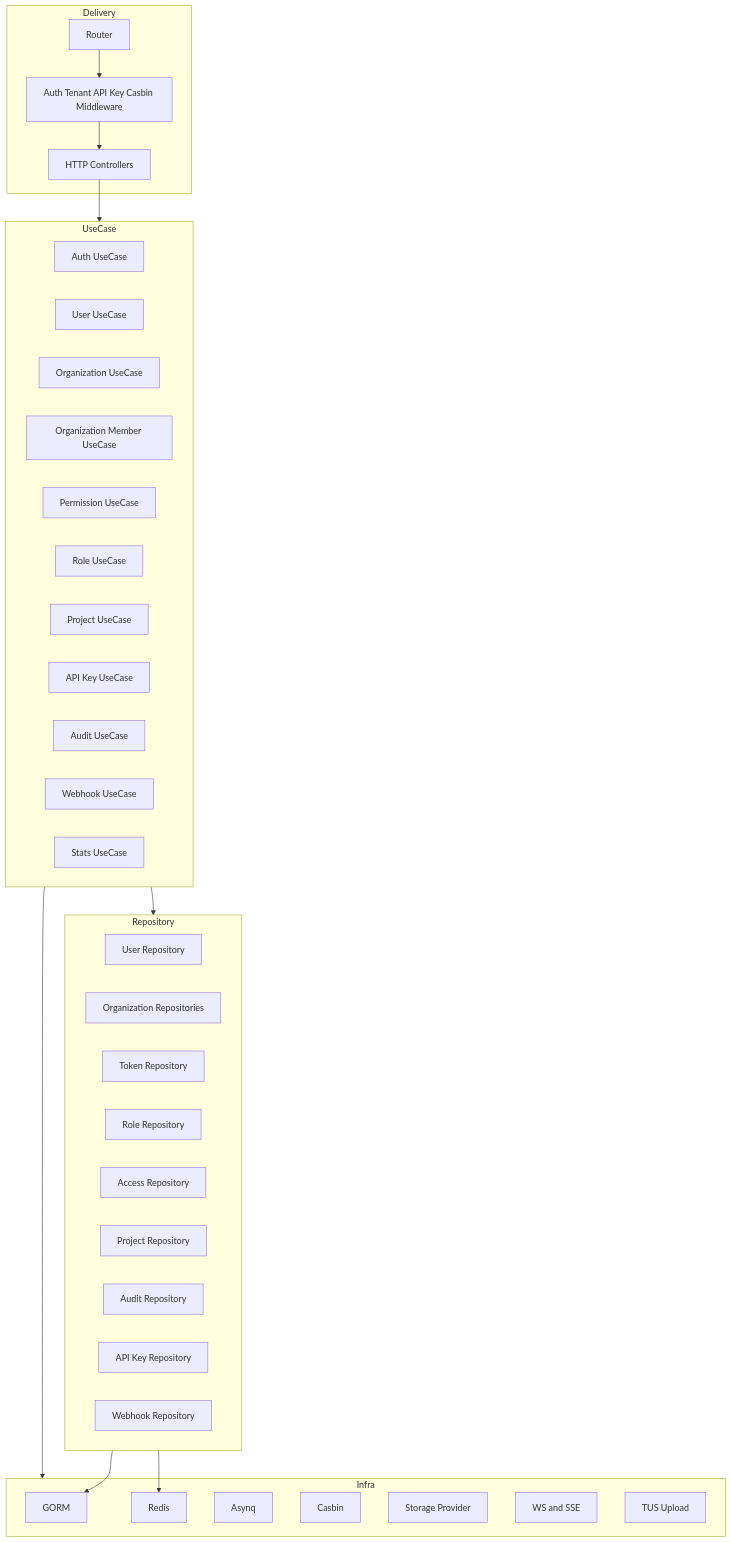
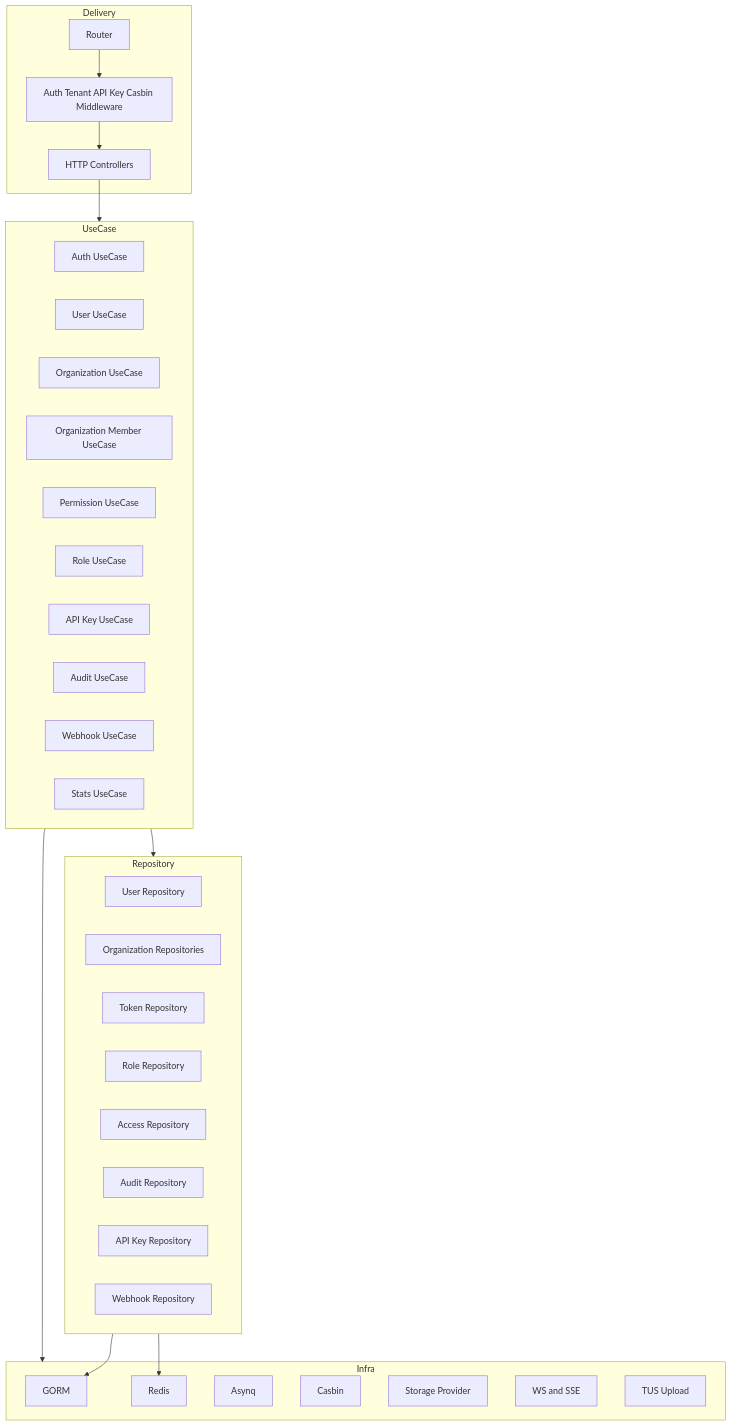
The third of 11 diagrams in documentation/architecture/ARCHITECTURE_VISUAL_AND_SEQUENCE.md (Roisfaozi/queue-base), drawn with Mermaid before and after one commit. The commit also changed other lines of this file and 13 other files, not shown here.

````diff
--- a/documentation/architecture/ARCHITECTURE_VISUAL_AND_SEQUENCE.md
+++ b/documentation/architecture/ARCHITECTURE_VISUAL_AND_SEQUENCE.md
@@ -141,52 +138,50 @@
 ```mermaid
 flowchart TB
     subgraph Delivery
         Controllers[HTTP Controllers]
         Middleware[Auth Tenant API Key Casbin Middleware]
         Router[Router]
     end
 
     subgraph UseCase
         AuthUC[Auth UseCase]
         UserUC[User UseCase]
         OrgUC[Organization UseCase]
         MemberUC[Organization Member UseCase]
         PermissionUC[Permission UseCase]
         RoleUC[Role UseCase]
-        ProjectUC[Project UseCase]
         ApiKeyUC[API Key UseCase]
         AuditUC[Audit UseCase]
         WebhookUC[Webhook UseCase]
         StatsUC[Stats UseCase]
     end
 
     subgraph Repository
         UserRepo[User Repository]
         OrgRepo[Organization Repositories]
         TokenRepo[Token Repository]
         RoleRepo[Role Repository]
         AccessRepo[Access Repository]
-        ProjectRepo[Project Repository]
         AuditRepo[Audit Repository]
         ApiKeyRepo[API Key Repository]
         WebhookRepo[Webhook Repository]
     end
 
     subgraph Infra
         GORM[GORM]
         Redis[Redis]
         Asynq[Asynq]
         Casbin[Casbin]
         Storage[Storage Provider]
         WS[WS and SSE]
         TUS[TUS Upload]
     end
 
     Router --> Middleware
     Middleware --> Controllers
     Controllers --> UseCase
     UseCase --> Repository
     UseCase --> Infra
     Repository --> GORM
     Repository --> Redis
 ```
````
